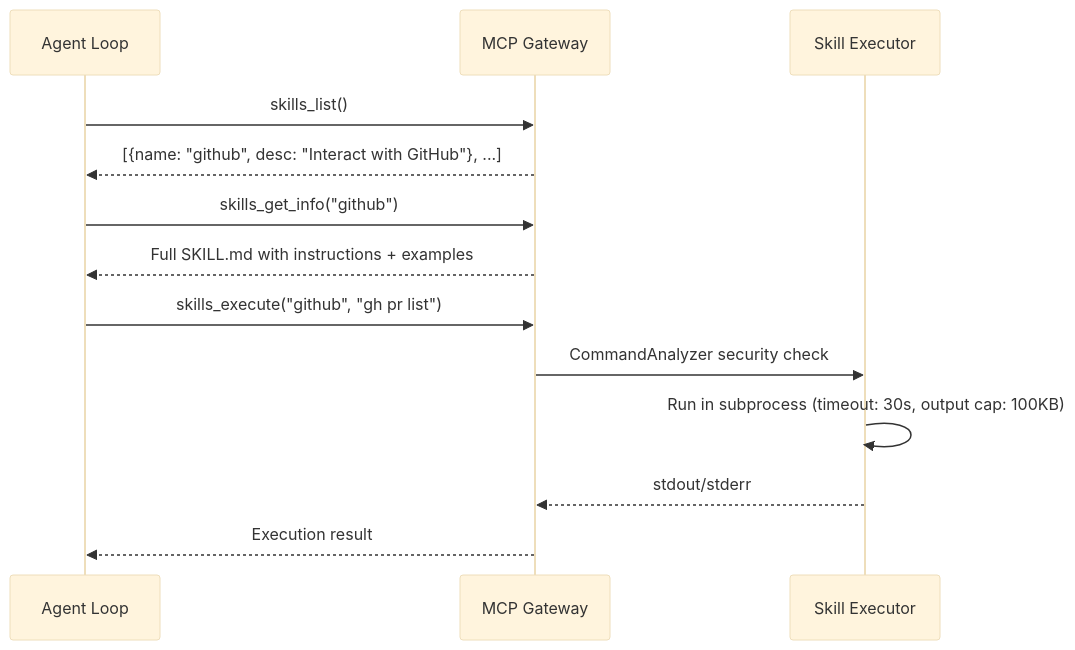
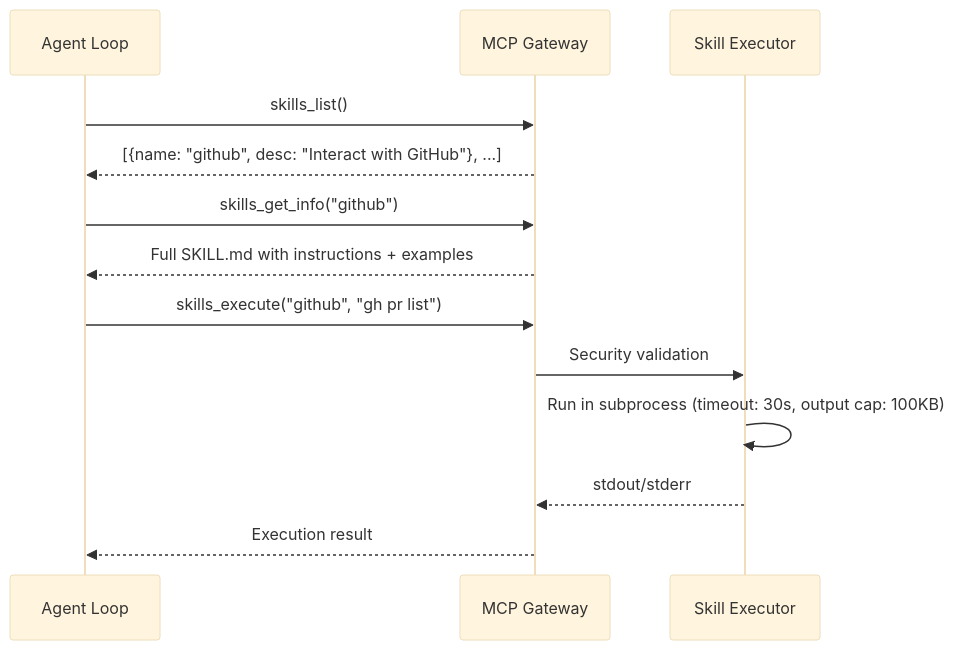
The fifth of 6 diagrams in docs/agents/echomind-agent-architecture.md (gen-mind/echo-mind), drawn with Mermaid (base theme) before and after one commit. The commit also changed other lines of this file, not shown here.

````diff
--- a/docs/agents/echomind-agent-architecture.md
+++ b/docs/agents/echomind-agent-architecture.md
@@ -251,18 +255,18 @@
 ```mermaid
 sequenceDiagram
     participant Agent as Agent Loop
     participant MCP as MCP Gateway
     participant Exec as Skill Executor
 
     Agent->>MCP: skills_list()
     MCP-->>Agent: [{name: "github", desc: "Interact with GitHub"}, ...]
 
     Agent->>MCP: skills_get_info("github")
     MCP-->>Agent: Full SKILL.md with instructions + examples
 
     Agent->>MCP: skills_execute("github", "gh pr list")
-    MCP->>Exec: CommandAnalyzer security check
+    MCP->>Exec: Security validation
     Exec->>Exec: Run in subprocess (timeout: 30s, output cap: 100KB)
     Exec-->>MCP: stdout/stderr
     MCP-->>Agent: Execution result
 ```
````
